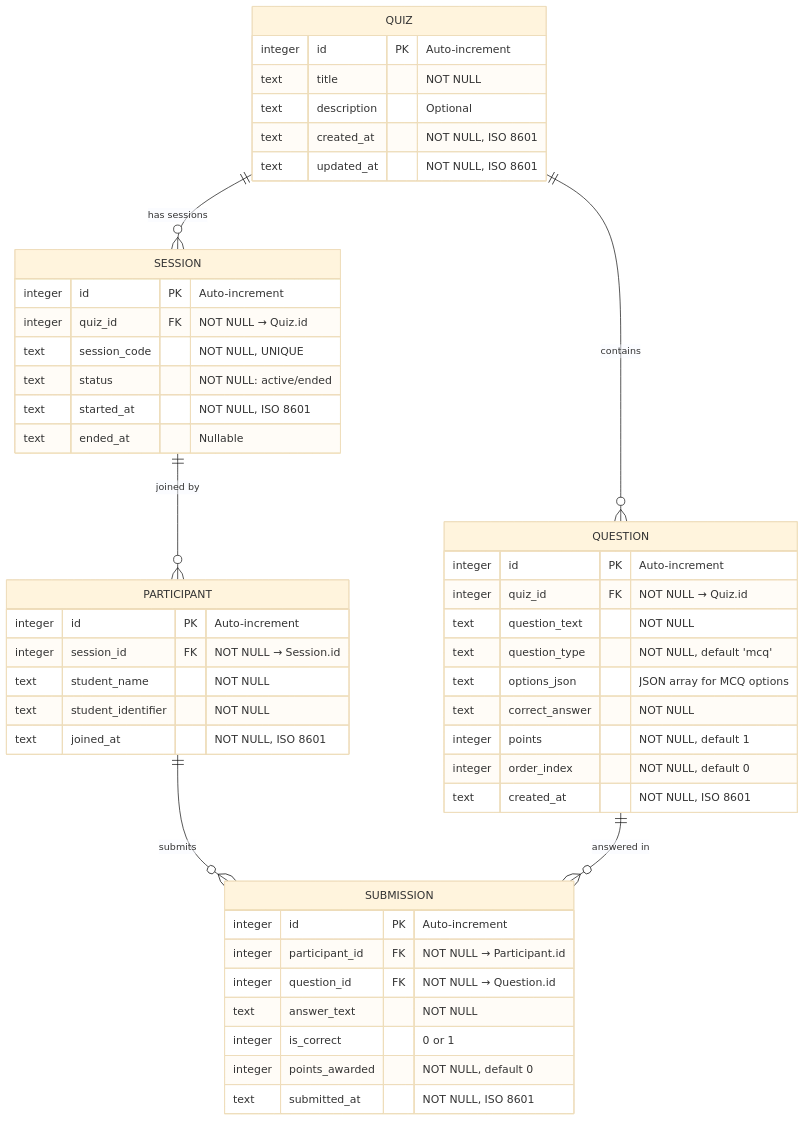
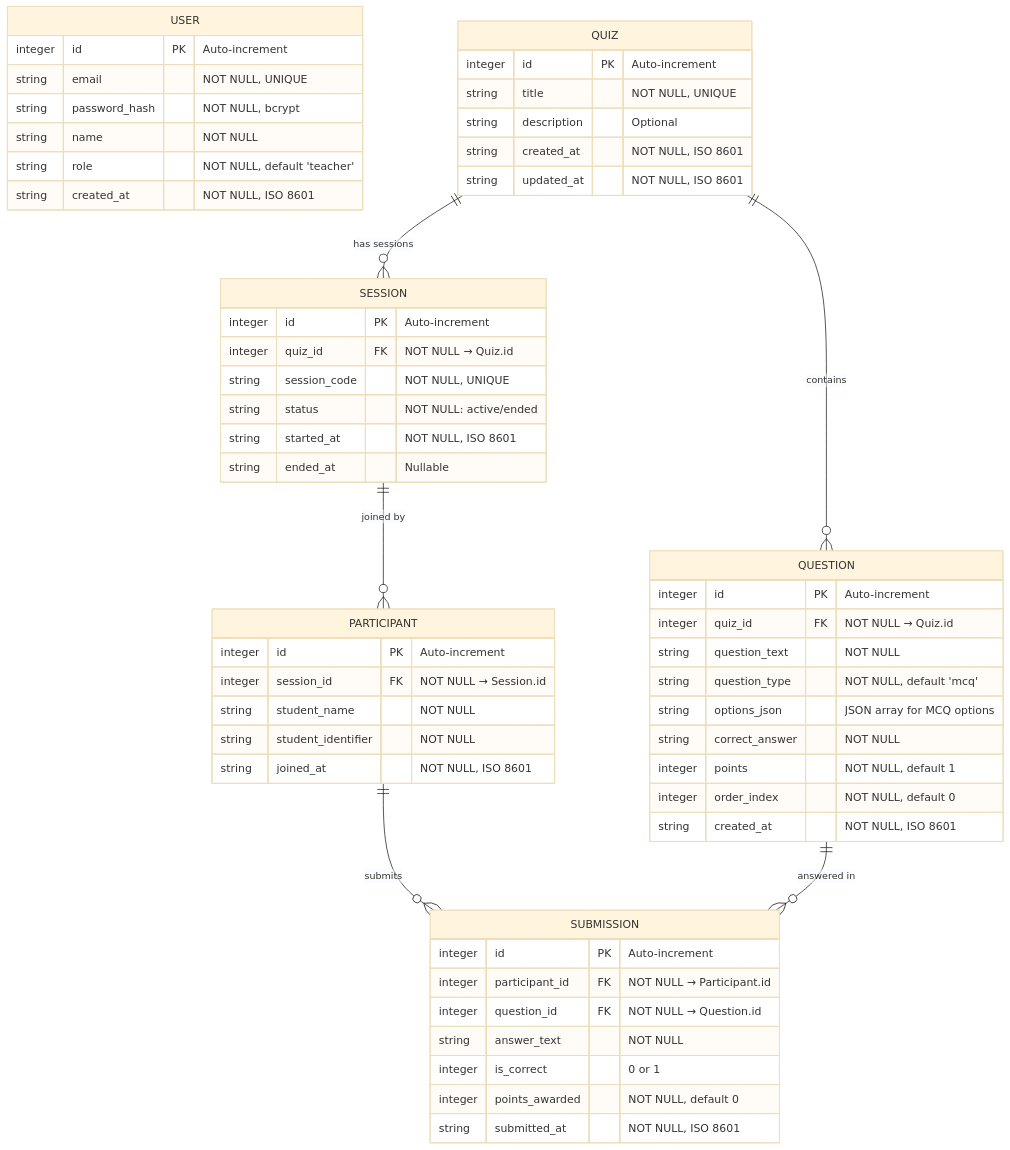
One commit to SakshamSinghSaloni/-BBAT104_TQM_-AU-24-5271- changed the diagram in docs/database-design.md. Above: the diagram before and after it, drawn with Mermaid (base theme). The commit also changed other lines of this file and 21 other files, not shown here.

````diff
--- a/docs/database-design.md
+++ b/docs/database-design.md
@@ -10,55 +12,64 @@
 ```mermaid
 erDiagram
+    USER {
+        integer id PK "Auto-increment"
+        string email "NOT NULL, UNIQUE"
+        string password_hash "NOT NULL, bcrypt"
+        string name "NOT NULL"
+        string role "NOT NULL, default 'teacher'"
+        string created_at "NOT NULL, ISO 8601"
+    }
+
     QUIZ {
         integer id PK "Auto-increment"
-        text title "NOT NULL"
-        text description "Optional"
-        text created_at "NOT NULL, ISO 8601"
-        text updated_at "NOT NULL, ISO 8601"
+        string title "NOT NULL, UNIQUE"
+        string description "Optional"
+        string created_at "NOT NULL, ISO 8601"
+        string updated_at "NOT NULL, ISO 8601"
     }
 
     QUESTION {
         integer id PK "Auto-increment"
         integer quiz_id FK "NOT NULL → Quiz.id"
-        text question_text "NOT NULL"
-        text question_type "NOT NULL, default 'mcq'"
-        text options_json "JSON array for MCQ options"
-        text correct_answer "NOT NULL"
+        string question_text "NOT NULL"
+        string question_type "NOT NULL, default 'mcq'"
+        string options_json "JSON array for MCQ options"
+        string correct_answer "NOT NULL"
         integer points "NOT NULL, default 1"
         integer order_index "NOT NULL, default 0"
-        text created_at "NOT NULL, ISO 8601"
+        string created_at "NOT NULL, ISO 8601"
     }
 
     SESSION {
         integer id PK "Auto-increment"
         integer quiz_id FK "NOT NULL → Quiz.id"
-        text session_code "NOT NULL, UNIQUE"
-        text status "NOT NULL: active/ended"
-        text started_at "NOT NULL, ISO 8601"
-        text ended_at "Nullable"
+        string session_code "NOT NULL, UNIQUE"
+        string status "NOT NULL: active/ended"
+        string started_at "NOT NULL, ISO 8601"
+        string ended_at "Nullable"
     }
 
     PARTICIPANT {
         integer id PK "Auto-increment"
         integer session_id FK "NOT NULL → Session.id"
-        text student_name "NOT NULL"
-        text student_identifier "NOT NULL"
-        text joined_at "NOT NULL, ISO 8601"
+        string student_name "NOT NULL"
+        string student_identifier "NOT NULL"
+        string joined_at "NOT NULL, ISO 8601"
     }
 
     SUBMISSION {
         integer id PK "Auto-increment"
         integer participant_id FK "NOT NULL → Participant.id"
         integer question_id FK "NOT NULL → Question.id"
-        text answer_text "NOT NULL"
+        string answer_text "NOT NULL"
         integer is_correct "0 or 1"
         integer points_awarded "NOT NULL, default 0"
-        text submitted_at "NOT NULL, ISO 8601"
+        string submitted_at "NOT NULL, ISO 8601"
     }
 
     QUIZ ||--o{ QUESTION : "contains"
     QUIZ ||--o{ SESSION : "has sessions"
     SESSION ||--o{ PARTICIPANT : "joined by"
     PARTICIPANT ||--o{ SUBMISSION : "submits"
     QUESTION ||--o{ SUBMISSION : "answered in"
 ```
````
